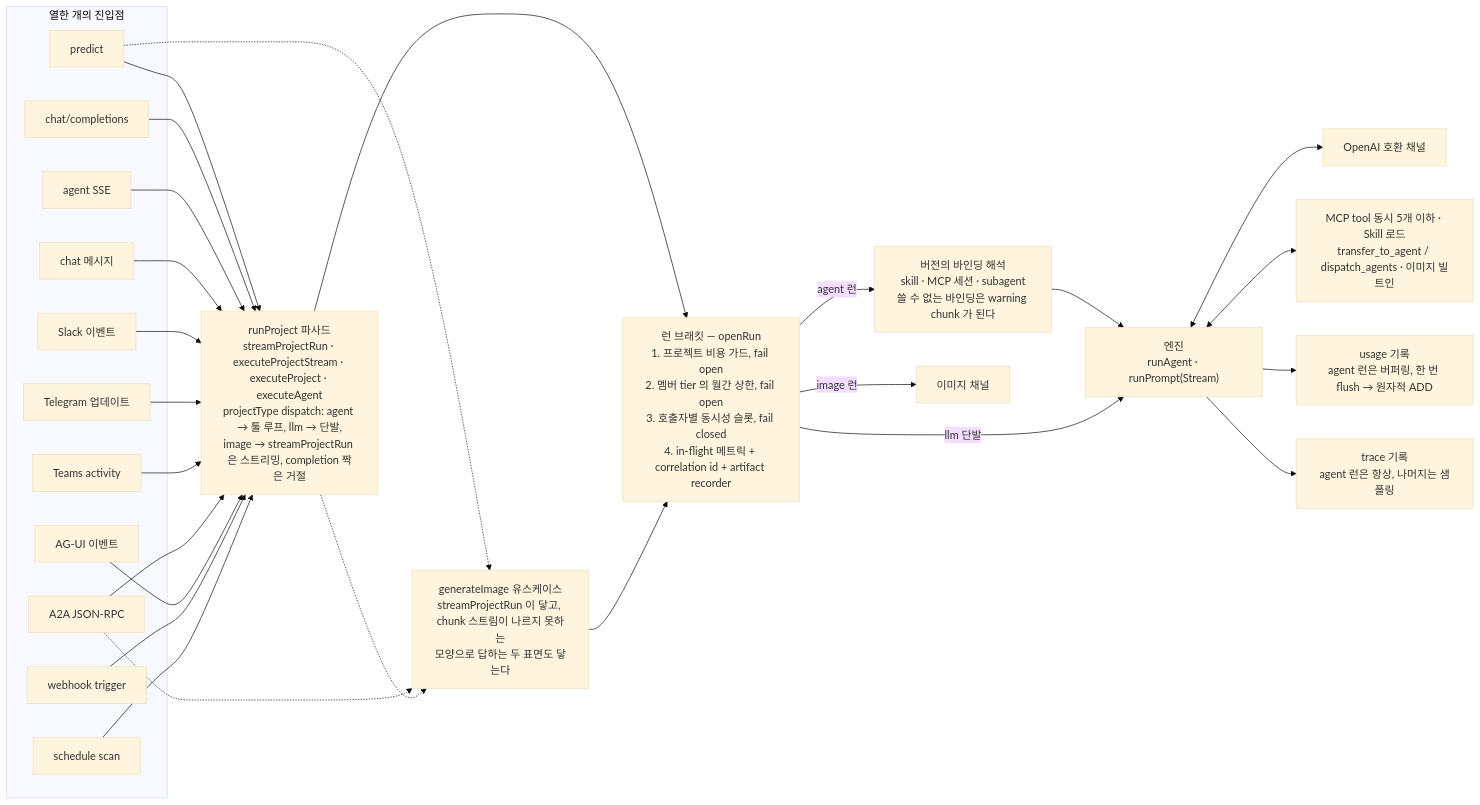
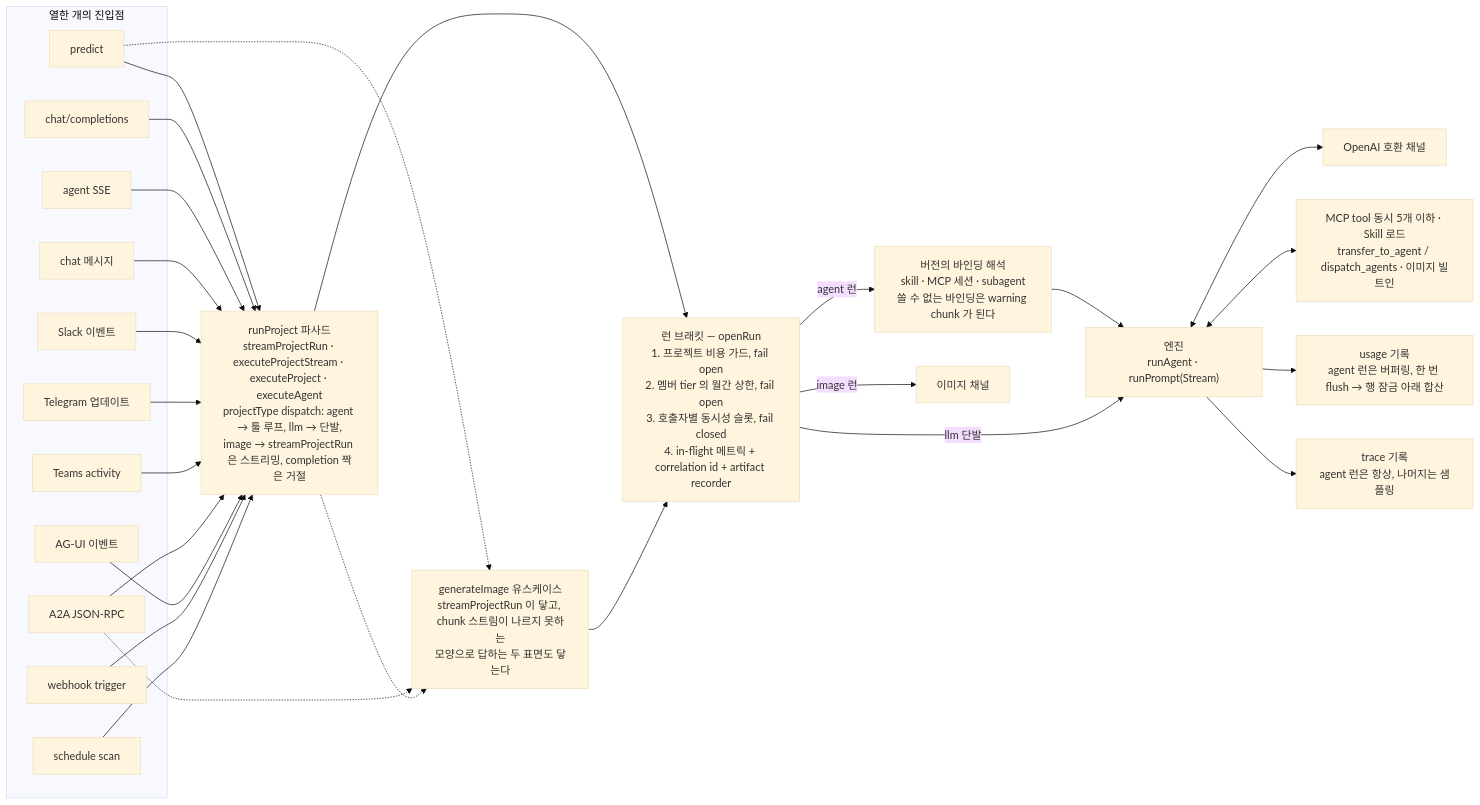
Before and after one commit to opspresso/agent-studio: the second of 4 diagrams in docs/ARCHITECTURE.md, drawn with Mermaid (base theme). The commit also changed other lines of this file and 228 other files, not shown here.

````diff
--- a/docs/ARCHITECTURE.md
+++ b/docs/ARCHITECTURE.md
@@ -316,51 +349,51 @@
 ```mermaid
 flowchart LR
   subgraph surfaces["열한 개의 진입점"]
     predict["predict"]
     cc["chat/completions"]
     agentsse["agent SSE"]
     chat["chat 메시지"]
     slack["Slack 이벤트"]
     telegram["Telegram 업데이트"]
     teams["Teams activity"]
     a2a["A2A JSON-RPC"]
     agui["AG-UI 이벤트"]
     webhook["webhook trigger"]
     schedule["schedule scan"]
   end
 
   facade["runProject 파사드<br/>streamProjectRun · executeProjectStream · executeProject · executeAgent<br/>projectType dispatch: agent → 툴 루프, llm → 단발,<br/>image → streamProjectRun 은 스트리밍, completion 짝은 거절"]
   imageuc["generateImage 유스케이스<br/>streamProjectRun 이 닿고, chunk 스트림이 나르지 못하는<br/>모양으로 답하는 두 표면도 닿는다"]
   bracket["런 브래킷 — openRun<br/>1. 프로젝트 비용 가드, fail open<br/>2. 멤버 tier 의 월간 상한, fail open<br/>3. 호출자별 동시성 슬롯, fail closed<br/>4. in-flight 메트릭 + correlation id + artifact recorder"]
   resolve["버전의 바인딩 해석<br/>skill · MCP 세션 · subagent<br/>쓸 수 없는 바인딩은 warning chunk 가 된다"]
   engine["엔진<br/>runAgent · runPrompt(Stream)"]
   channel["OpenAI 호환 채널"]
   imagechannel["이미지 채널"]
   tools["MCP tool 동시 5개 이하 · Skill 로드<br/>transfer_to_agent / dispatch_agents · 이미지 빌트인"]
-  usage["usage 기록<br/>agent 런은 버퍼링, 한 번 flush → 원자적 ADD"]
+  usage["usage 기록<br/>agent 런은 버퍼링, 한 번 flush → 행 잠금 아래 합산"]
   trace["trace 기록<br/>agent 런은 항상, 나머지는 샘플링"]
 
   predict --> facade
   cc --> facade
   agentsse --> facade
   chat --> facade
   slack --> facade
   telegram --> facade
   teams --> facade
   a2a --> facade
   agui --> facade
   webhook --> facade
   schedule --> facade
   predict -.-> imageuc
   a2a -.-> imageuc
   facade -.-> imageuc
   facade --> bracket
   imageuc --> bracket
   bracket -->|"agent 런"| resolve --> engine
   bracket -->|"llm 단발"| engine
   bracket -->|"image 런"| imagechannel
   engine <--> channel
   engine <--> tools
   engine --> usage
   engine --> trace
 ```
````
